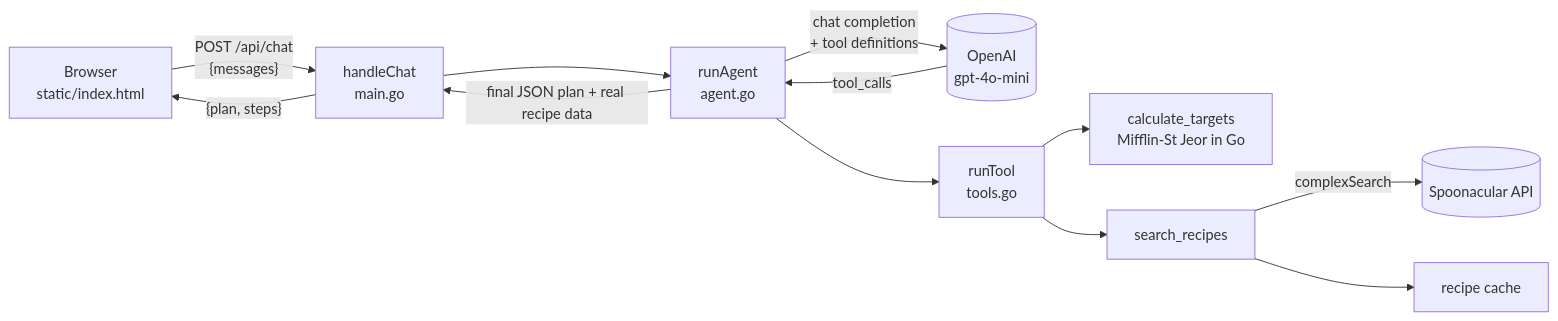
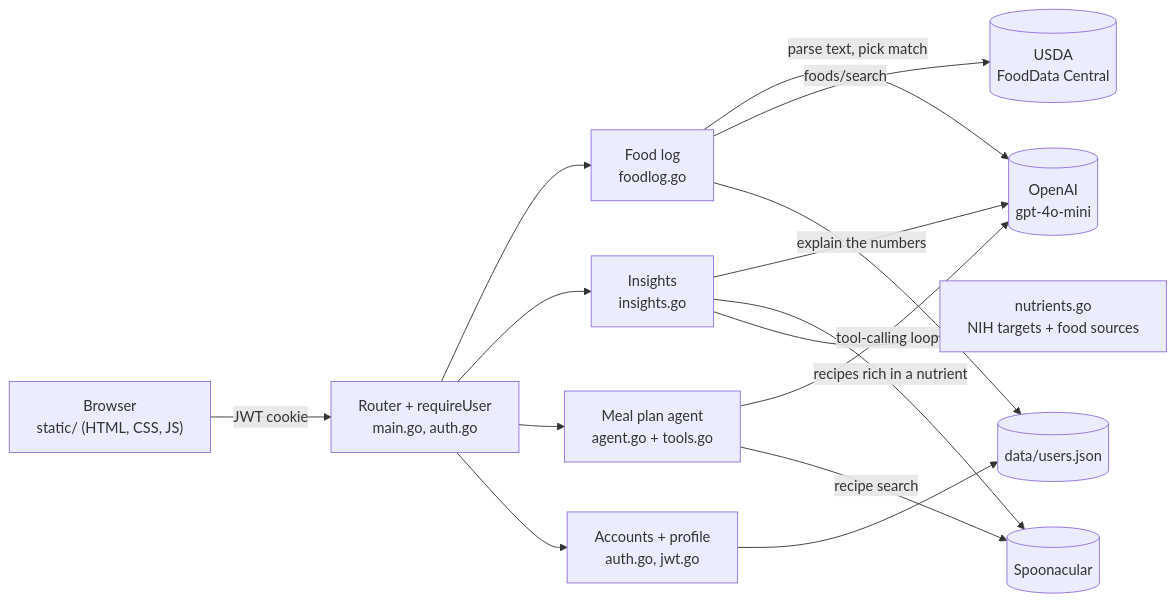
The first of 4 diagrams in README.md (tonyc973/ai-nutrition-agent), drawn with Mermaid before and after one commit. The commit also changed other lines of this file and 33 other files, not shown here.

First line of the commit message:
Add food log, nutrient insights and onboarding

````diff
--- a/README.md
+++ b/README.md
@@ -77,14 +88,17 @@
 ```mermaid
 flowchart LR
-    UI["Browser<br/>static/index.html"] -- "POST /api/chat<br/>{messages}" --> H["handleChat<br/>main.go"]
-    H --> A["runAgent<br/>agent.go"]
-    A -- "chat completion<br/>+ tool definitions" --> O[("OpenAI<br/>gpt-4o-mini")]
-    O -- "tool_calls" --> A
-    A --> T["runTool<br/>tools.go"]
-    T --> C["calculate_targets<br/>Mifflin-St Jeor in Go"]
-    T --> S["search_recipes"]
-    S -- "complexSearch" --> SP[("Spoonacular API")]
-    S --> K["recipe cache"]
-    A -- "final JSON plan + real recipe data" --> H
-    H -- "{plan, steps}" --> UI
+    UI["Browser<br/>static/ (HTML, CSS, JS)"] -->|"JWT cookie"| R["Router + requireUser<br/>main.go, auth.go"]
+    R --> LOG["Food log<br/>foodlog.go"]
+    R --> INS["Insights<br/>insights.go"]
+    R --> PLAN["Meal plan agent<br/>agent.go + tools.go"]
+    R --> ACC["Accounts + profile<br/>auth.go, jwt.go"]
+    LOG -->|"parse text, pick match"| AI[("OpenAI<br/>gpt-4o-mini")]
+    LOG -->|"foods/search"| USDA[("USDA<br/>FoodData Central")]
+    INS -->|"explain the numbers"| AI
+    INS -->|"recipes rich in a nutrient"| SP[("Spoonacular")]
+    PLAN -->|"tool-calling loop"| AI
+    PLAN -->|"recipe search"| SP
+    INS --> NIH["nutrients.go<br/>NIH targets + food sources"]
+    ACC --> DB[("data/users.json")]
+    LOG --> DB
 ```
````
